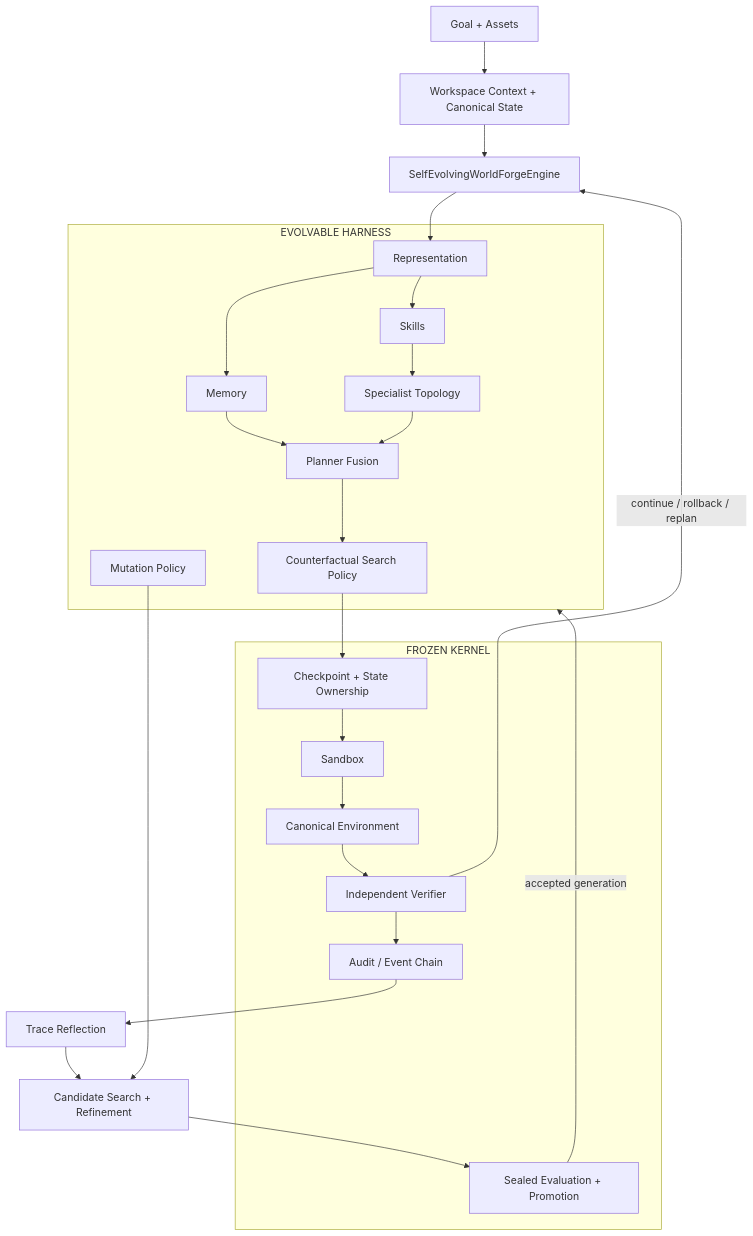
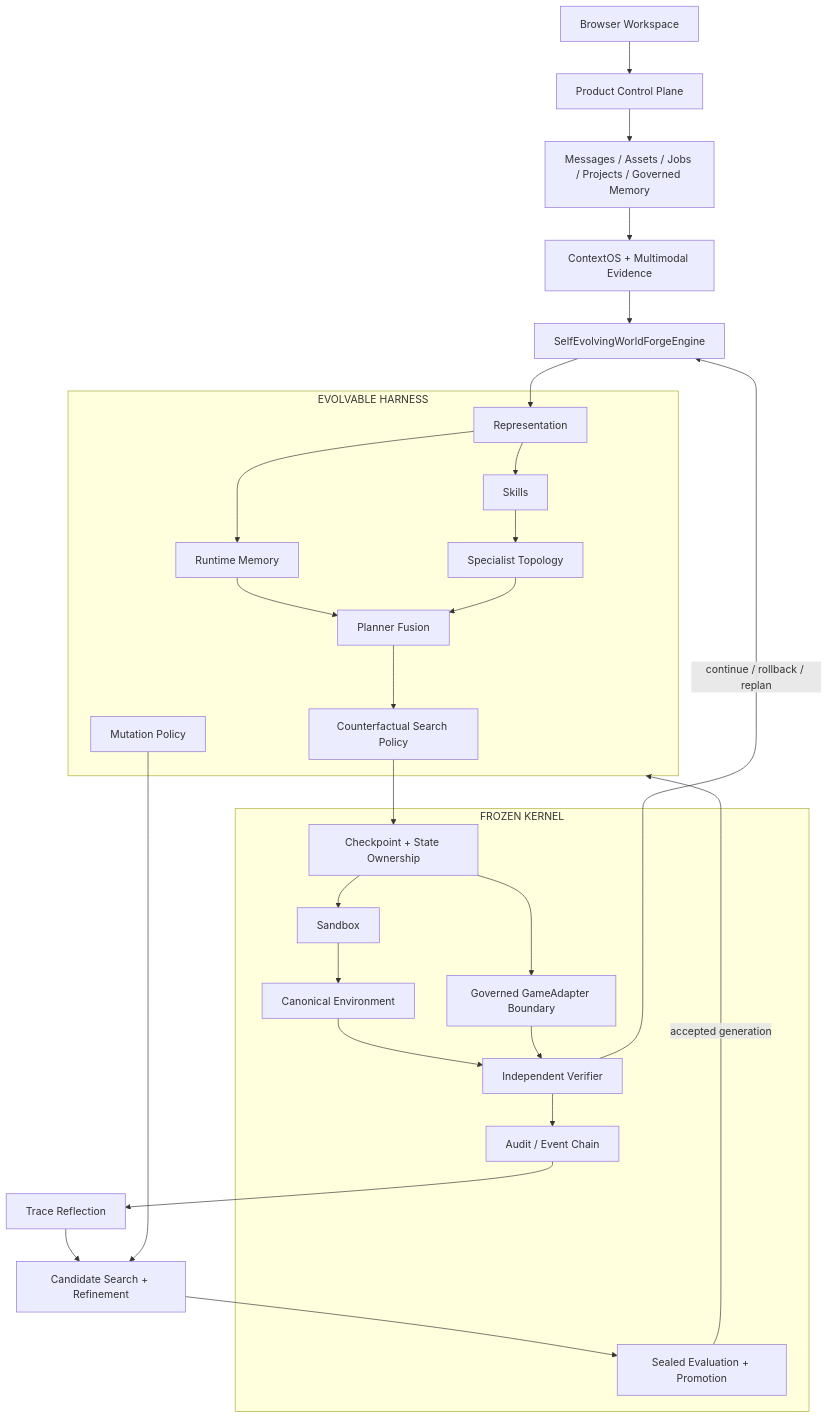
The first of 2 diagrams in README.md (jiaweine/lingjing-game-studio), drawn with Mermaid before and after one commit. The commit also changed other lines of this file and 186 other files, not shown here.

First line of the commit message:
feat: add governed long-horizon ContextOS and project memory

````diff
--- a/README.md
+++ b/README.md
@@ -60,41 +66,46 @@
 ```mermaid
 flowchart TB
-    INPUT["Goal + Assets"] --> CONTEXT["Workspace Context + Canonical State"]
+    UI["Browser Workspace"] --> CONTROL["Product Control Plane"]
+    CONTROL --> STORE["Messages / Assets / Jobs / Projects / Governed Memory"]
+    STORE --> CONTEXT["ContextOS + Multimodal Evidence"]
     CONTEXT --> ENGINE["SelfEvolvingWorldForgeEngine"]
 
     subgraph HARNESS["EVOLVABLE HARNESS"]
         REP["Representation"]
         SKILL["Skills"]
-        MEM["Memory"]
+        MEM["Runtime Memory"]
         SPEC["Specialist Topology"]
         PLAN["Planner Fusion"]
         SEARCH["Counterfactual Search Policy"]
         MUT["Mutation Policy"]
     end
 
     subgraph KERNEL["FROZEN KERNEL"]
         CHECK["Checkpoint + State Ownership"]
         SANDBOX["Sandbox"]
         CANON["Canonical Environment"]
         VERIFY["Independent Verifier"]
+        ADAPTER["Governed GameAdapter Boundary"]
         EVENTS["Audit / Event Chain"]
         PROMOTE["Sealed Evaluation + Promotion"]
     end
 
     ENGINE --> REP
     REP --> SKILL
     REP --> MEM
     SKILL --> SPEC
     MEM --> PLAN
     SPEC --> PLAN
     PLAN --> SEARCH
     SEARCH --> CHECK
     CHECK --> SANDBOX --> CANON --> VERIFY --> EVENTS
+    CHECK --> ADAPTER
+    ADAPTER --> VERIFY
     VERIFY -->|continue / rollback / replan| ENGINE
 
     EVENTS --> REFLECT["Trace Reflection"]
     REFLECT --> EVOLVE["Candidate Search + Refinement"]
     MUT --> EVOLVE
     EVOLVE --> PROMOTE
     PROMOTE -->|accepted generation| HARNESS
 ```
````
